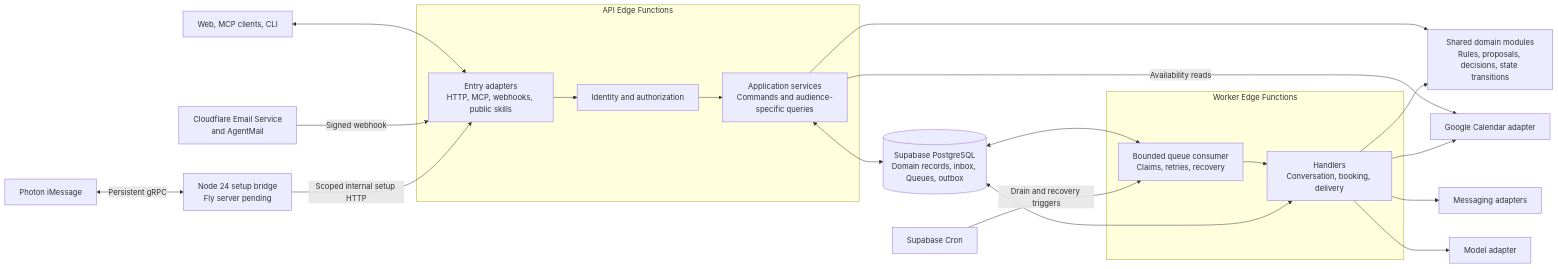
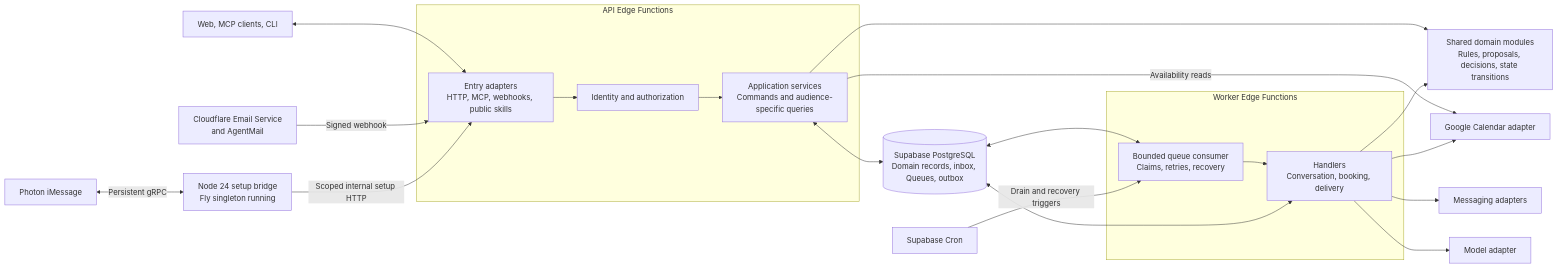
The first of 2 diagrams in documentations/technical_specification/01_backend_architecture.md (snuhcs-course/swpp-2026-project-team-01), drawn with Mermaid before and after one commit. The commit also changed other lines of this file and 11 other files, not shown here.

First line of the commit message:
docs(hosting): record verified Fly bridge rollout

````diff
--- a/documentations/technical_specification/01_backend_architecture.md
+++ b/documentations/technical_specification/01_backend_architecture.md
@@ -15,39 +15,39 @@
 ```mermaid
 flowchart LR
     U["Web, MCP clients, CLI"]
     P["Cloudflare Email Service<br/>and AgentMail"]
     PH["Photon iMessage"]
-    B["Node 24 setup bridge<br/>Fly server pending"]
+    B["Node 24 setup bridge<br/>Fly singleton running"]
     subgraph API[API Edge Functions]
         E["Entry adapters<br/>HTTP, MCP, webhooks, public skills"]
         A["Identity and authorization"]
         S["Application services<br/>Commands and audience-specific queries"]
     end
     subgraph Worker[Worker Edge Functions]
         J["Bounded queue consumer<br/>Claims, retries, recovery"]
         H["Handlers<br/>Conversation, booking, delivery"]
     end
     D["Shared domain modules<br/>Rules, proposals, decisions, state transitions"]
     DB[("Supabase PostgreSQL<br/>Domain records, inbox, Queues, outbox")]
     CR[Supabase Cron]
     G[Google Calendar adapter]
     M[Messaging adapters]
     L[Model adapter]
     U <--> E
     P -->|Signed webhook| E
     PH <-->|Persistent gRPC| B
     B -->|Scoped internal setup HTTP| E
     E --> A
     A --> S
     S --> D
     S <--> DB
     DB <--> J
     CR -->|Drain and recovery triggers| J
     J --> H
     H --> D
     H <--> DB
     S -->|Availability reads| G
     H --> G
     H --> M
     H --> L
 ```
````
